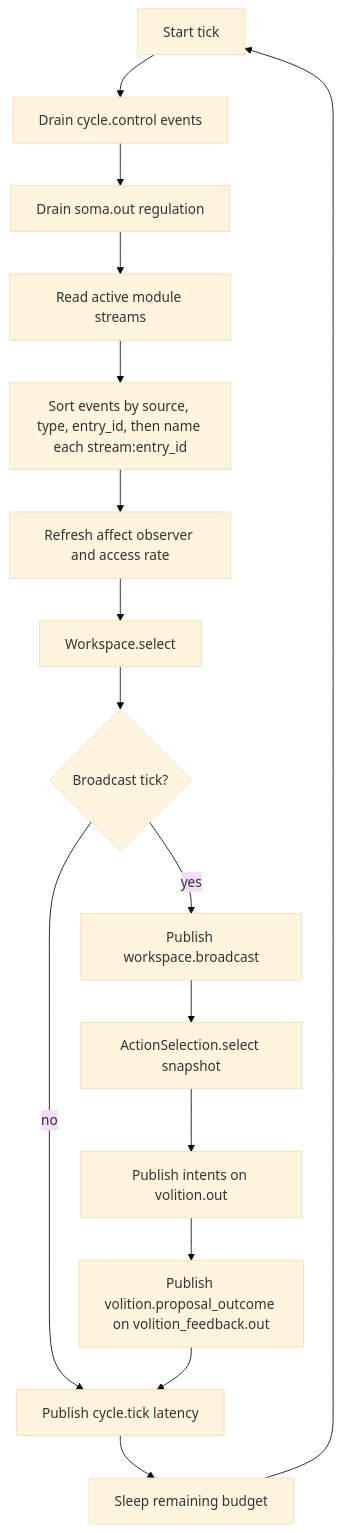
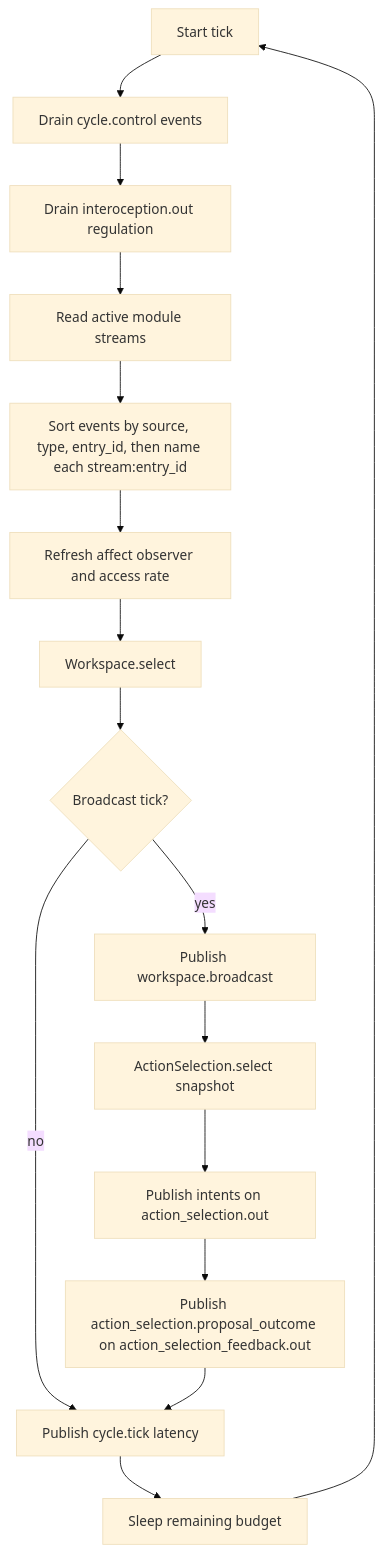
The first of 2 diagrams in docs/08-cognitive-cycle/README.md (kaineone/kaine), drawn with Mermaid (base theme) before and after one commit. The commit also changed other lines of this file and 967 other files, not shown here.

````diff
--- a/docs/08-cognitive-cycle/README.md
+++ b/docs/08-cognitive-cycle/README.md
@@ -83,18 +83,18 @@
 ```mermaid
 flowchart TD
     A[Start tick] --> B[Drain cycle.control events]
-    B --> C[Drain soma.out regulation]
+    B --> C[Drain interoception.out regulation]
     C --> D[Read active module streams]
     D --> E["Sort events by source, type, entry_id, then name each stream:entry_id"]
     E --> F[Refresh affect observer and access rate]
     F --> G[Workspace.select]
     G --> H{Broadcast tick?}
     H -- no --> O[Publish cycle.tick latency]
     H -- yes --> I[Publish workspace.broadcast]
     I --> J[ActionSelection.select snapshot]
-    J --> K[Publish intents on volition.out]
-    K --> L[Publish volition.proposal_outcome on volition_feedback.out]
+    J --> K[Publish intents on action_selection.out]
+    K --> L[Publish action_selection.proposal_outcome on action_selection_feedback.out]
     L --> O
     O --> P[Sleep remaining budget]
     P --> A
 ```
````
